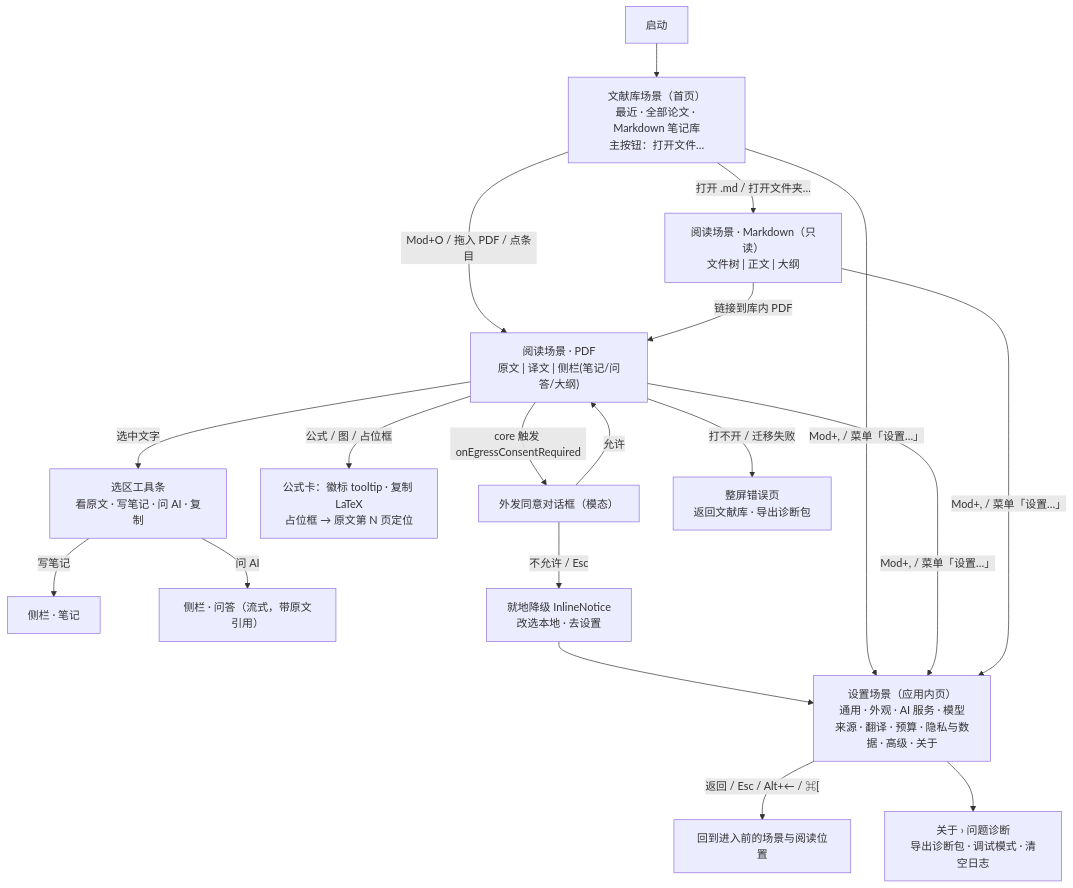
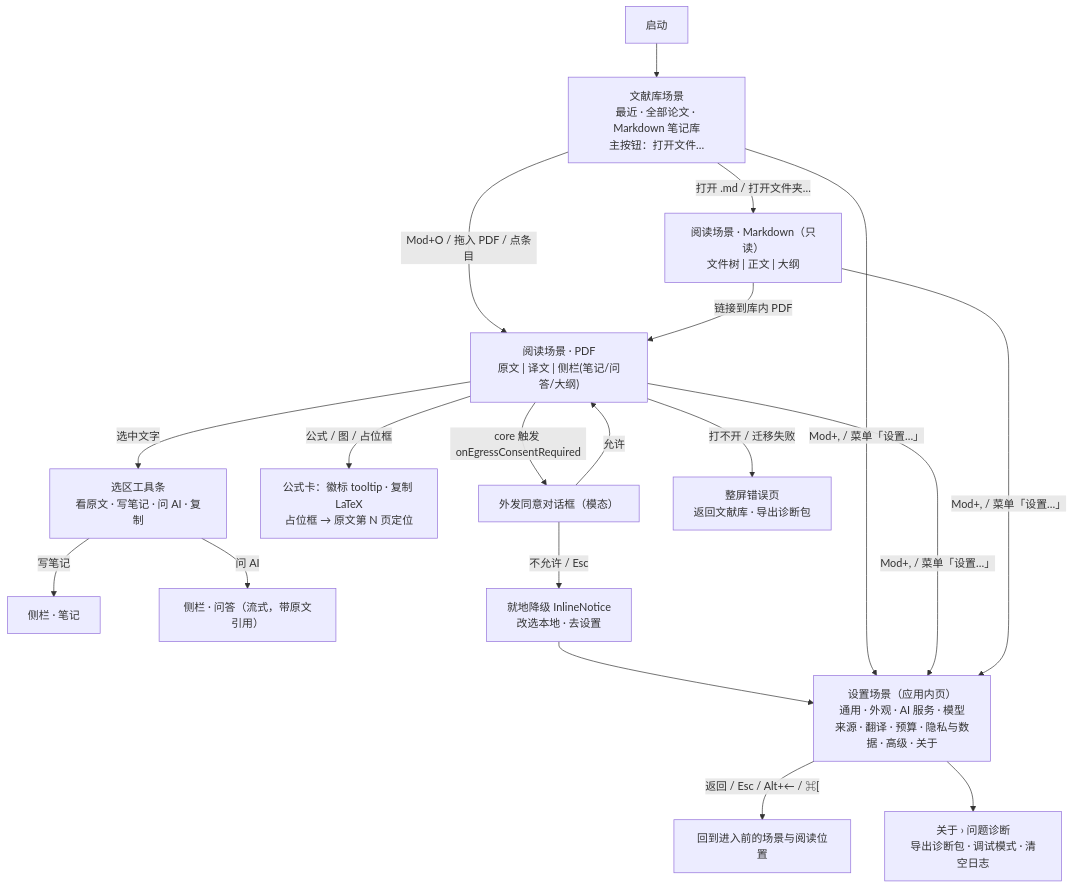
Before and after one commit to wisdom-km/open-immerse-v2: the second of 2 diagrams in DESIGN.md, drawn with Mermaid. The commit also changed other lines of this file and 12 other files, not shown here.

````diff
--- a/DESIGN.md
+++ b/DESIGN.md
@@ -127,19 +131,19 @@
 ```mermaid
 flowchart TD
-  Launch["启动"] --> Lib["文献库场景（首页）<br/>最近 · 全部论文 · Markdown 笔记库<br/>主按钮：打开文件…"]
+  Launch["启动"] --> Lib["文献库场景<br/>最近 · 全部论文 · Markdown 笔记库<br/>主按钮：打开文件…"]
   Lib -->|"Mod+O / 拖入 PDF / 点条目"| Reader["阅读场景 · PDF<br/>原文 | 译文 | 侧栏(笔记/问答/大纲)"]
   Lib -->|"打开 .md / 打开文件夹…"| MD["阅读场景 · Markdown（只读）<br/>文件树 | 正文 | 大纲"]
   MD -->|"链接到库内 PDF"| Reader
   Reader -->|"选中文字"| Sel["选区工具条<br/>看原文 · 写笔记 · 问 AI · 复制"]
   Sel -->|"写笔记"| Notes["侧栏 · 笔记"]
   Sel -->|"问 AI"| Ask["侧栏 · 问答（流式，带原文引用）"]
   Reader -->|"公式 / 图 / 占位框"| Formula["公式卡：徽标 tooltip · 复制 LaTeX<br/>占位框 → 原文第 N 页定位"]
   Reader -->|"core 触发 onEgressConsentRequired"| Consent["外发同意对话框（模态）"]
   Consent -->|"允许"| Reader
   Consent -->|"不允许 / Esc"| Degrade["就地降级 InlineNotice<br/>改选本地 · 去设置"]
   Degrade --> Settings
   Lib & Reader & MD -->|"Mod+, / 菜单「设置…」"| Settings["设置场景（应用内页）<br/>通用 · 外观 · AI 服务 · 模型来源 · 翻译 · 预算 · 隐私与数据 · 高级 · 关于"]
   Settings -->|"返回 / Esc / Alt+← / ⌘["| Back["回到进入前的场景与阅读位置"]
   Settings --> About["关于 › 问题诊断<br/>导出诊断包 · 调试模式 · 清空日志"]
   Reader -->|"打不开 / 迁移失败"| ErrorPage["整屏错误页<br/>返回文献库 · 导出诊断包"]
 ```
````
